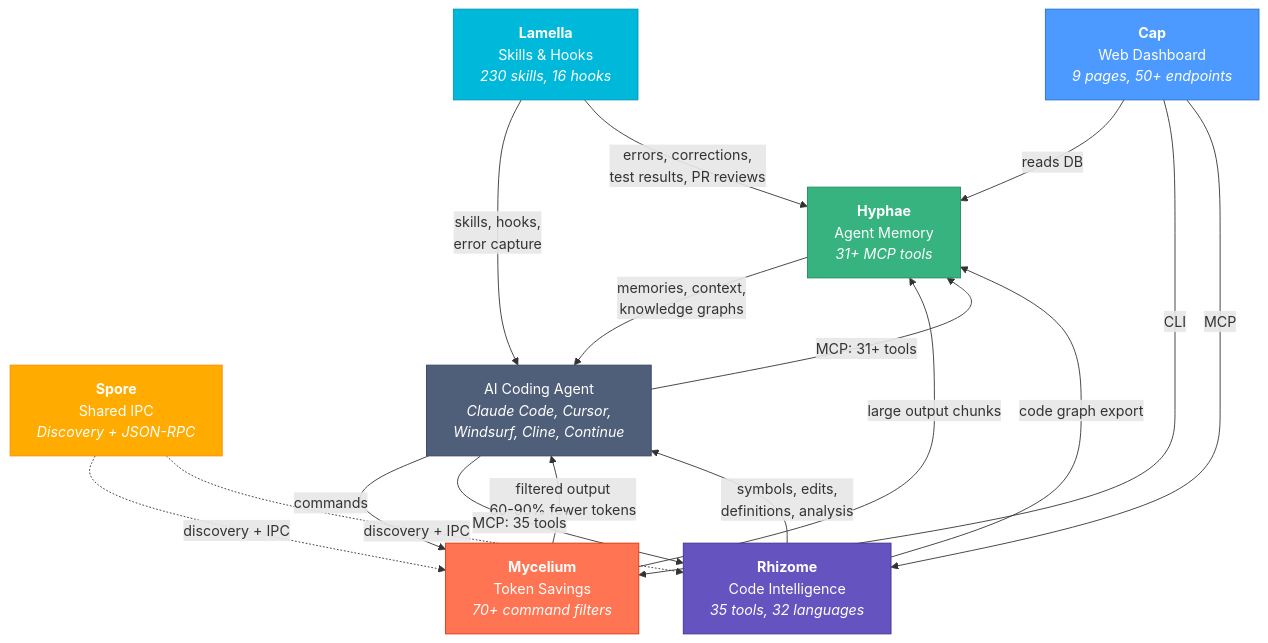
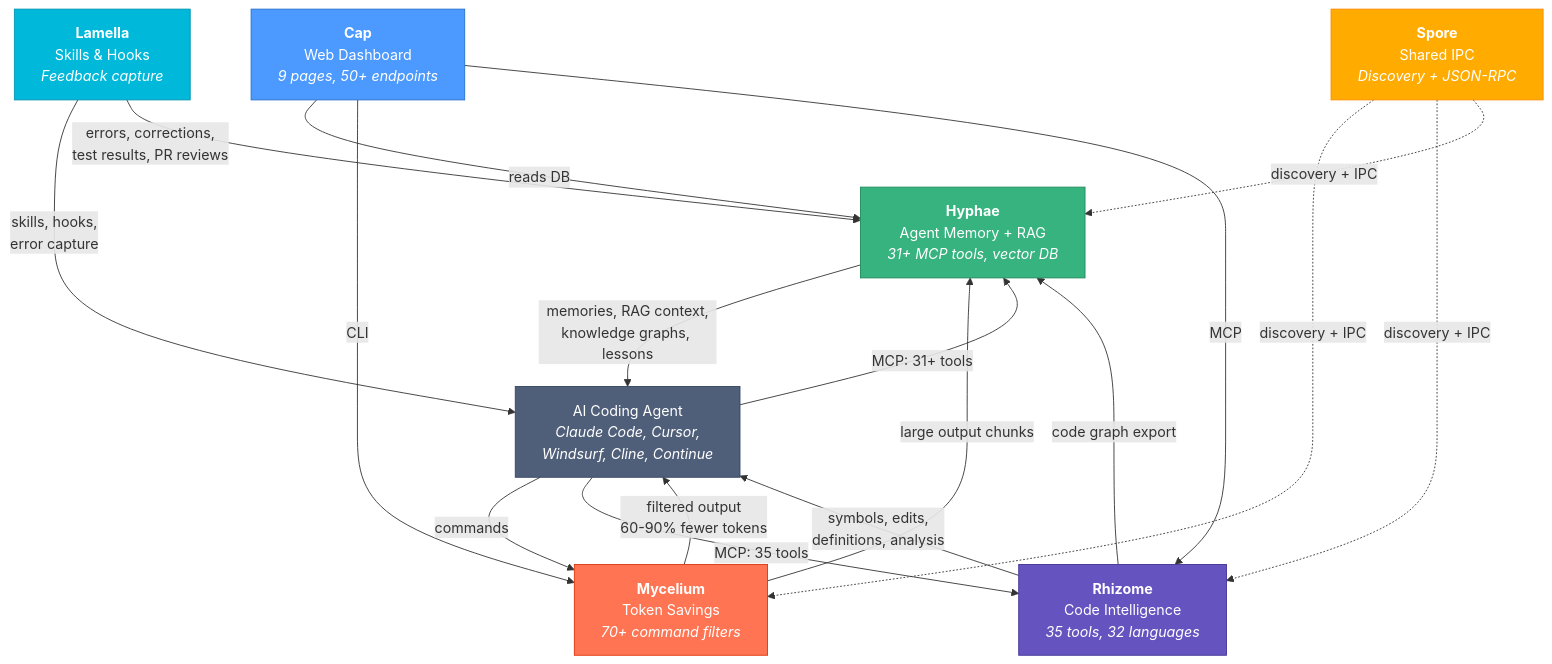
The first of 2 diagrams in profile/README.md (basidiocarp/.github), drawn with Mermaid before and after one commit. The commit also changed other lines of this file, not shown here.

Commit message:
docs: add Technical Overview section with RAG, vector DB, feedback loop details

````diff
--- a/profile/README.md
+++ b/profile/README.md
@@ -87,34 +226,35 @@
 ```mermaid
 graph TD
     Cap["<b>Cap</b><br/>Web Dashboard<br/><i>9 pages, 50+ endpoints</i>"]
-    Hyphae["<b>Hyphae</b><br/>Agent Memory<br/><i>31+ MCP tools</i>"]
+    Hyphae["<b>Hyphae</b><br/>Agent Memory + RAG<br/><i>31+ MCP tools, vector DB</i>"]
     Mycelium["<b>Mycelium</b><br/>Token Savings<br/><i>70+ command filters</i>"]
     Rhizome["<b>Rhizome</b><br/>Code Intelligence<br/><i>35 tools, 32 languages</i>"]
     Spore["<b>Spore</b><br/>Shared IPC<br/><i>Discovery + JSON-RPC</i>"]
-    Lamella["<b>Lamella</b><br/>Skills & Hooks<br/><i>230 skills, 16 hooks</i>"]
+    Lamella["<b>Lamella</b><br/>Skills & Hooks<br/><i>Feedback capture</i>"]
     Agent["AI Coding Agent<br/><i>Claude Code, Cursor,<br/>Windsurf, Cline, Continue</i>"]
 
     Agent -- "commands" --> Mycelium
     Mycelium -- "filtered output<br/>60-90% fewer tokens" --> Agent
     Agent -- "MCP: 31+ tools" --> Hyphae
-    Hyphae -- "memories, context,<br/>knowledge graphs" --> Agent
+    Hyphae -- "memories, RAG context,<br/>knowledge graphs, lessons" --> Agent
     Agent -- "MCP: 35 tools" --> Rhizome
     Rhizome -- "symbols, edits,<br/>definitions, analysis" --> Agent
     Lamella -- "skills, hooks,<br/>error capture" --> Agent
     Lamella -- "errors, corrections,<br/>test results, PR reviews" --> Hyphae
     Cap -- "reads DB" --> Hyphae
     Cap -- "CLI" --> Mycelium
     Cap -- "MCP" --> Rhizome
     Rhizome -- "code graph export" --> Hyphae
     Mycelium -- "large output chunks" --> Hyphae
     Spore -. "discovery + IPC" .-> Mycelium
     Spore -. "discovery + IPC" .-> Rhizome
+    Spore -. "discovery + IPC" .-> Hyphae
 
     style Cap fill:#4c9aff,stroke:#2571cc,color:#fff
     style Hyphae fill:#36b37e,stroke:#1f8a5a,color:#fff
     style Mycelium fill:#ff7452,stroke:#de350b,color:#fff
     style Rhizome fill:#6554c0,stroke:#403294,color:#fff
     style Spore fill:#ffab00,stroke:#ff8b00,color:#fff
     style Lamella fill:#00b8d9,stroke:#0095b3,color:#fff
     style Agent fill:#505f79,stroke:#344563,color:#fff
 ```
````
